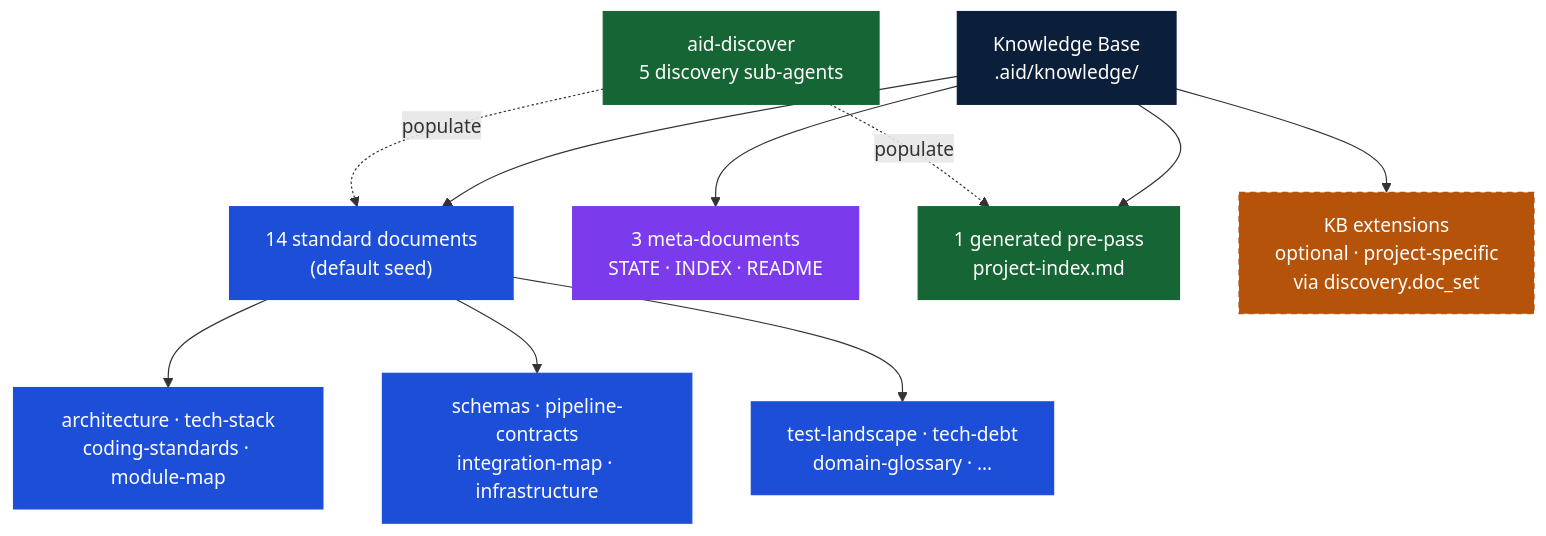
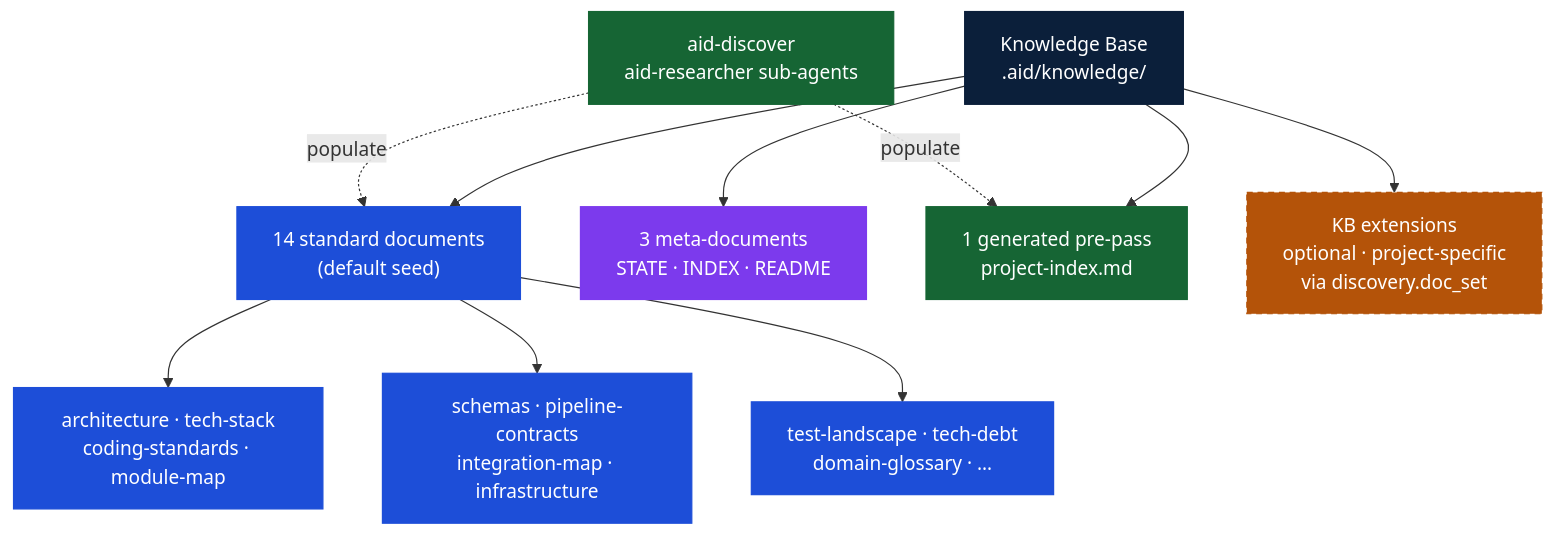
The second of 7 diagrams in docs/aid-methodology.md (AndreVianna/aid-methodology), drawn with Mermaid before and after one commit. The commit also changed other lines of this file and 247 other files, not shown here.

````diff
--- a/docs/aid-methodology.md
+++ b/docs/aid-methodology.md
@@ -239,20 +244,20 @@
 ```mermaid
 flowchart TD
     classDef kb   fill:#0B1F3A,stroke:#0B1F3A,color:#ffffff
     classDef std  fill:#1D4ED8,stroke:#1D4ED8,color:#ffffff
     classDef meta fill:#7C3AED,stroke:#7C3AED,color:#ffffff
     classDef gen  fill:#166534,stroke:#166534,color:#ffffff
     classDef ext  fill:#B45309,stroke:#B45309,color:#ffffff,stroke-dasharray:5 4
 
     KB["Knowledge Base<br/>.aid/knowledge/"]:::kb
     KB --> STD["14 standard documents<br/>(default seed)"]:::std
     KB --> META["3 meta-documents<br/>STATE · INDEX · README"]:::meta
     KB --> GEN["1 generated pre-pass<br/>project-index.md"]:::gen
     KB --> EXT["KB extensions<br/>optional · project-specific<br/>via discovery.doc_set"]:::ext
     STD --> S1["architecture · tech-stack<br/>coding-standards · module-map"]:::std
     STD --> S2["schemas · pipeline-contracts<br/>integration-map · infrastructure"]:::std
     STD --> S3["test-landscape · tech-debt<br/>domain-glossary · …"]:::std
-    DISC["aid-discover<br/>5 discovery sub-agents"]:::gen
+    DISC["aid-discover<br/>aid-researcher sub-agents"]:::gen
     DISC -. "populate" .-> STD
     DISC -. "populate" .-> GEN
 ```
````
